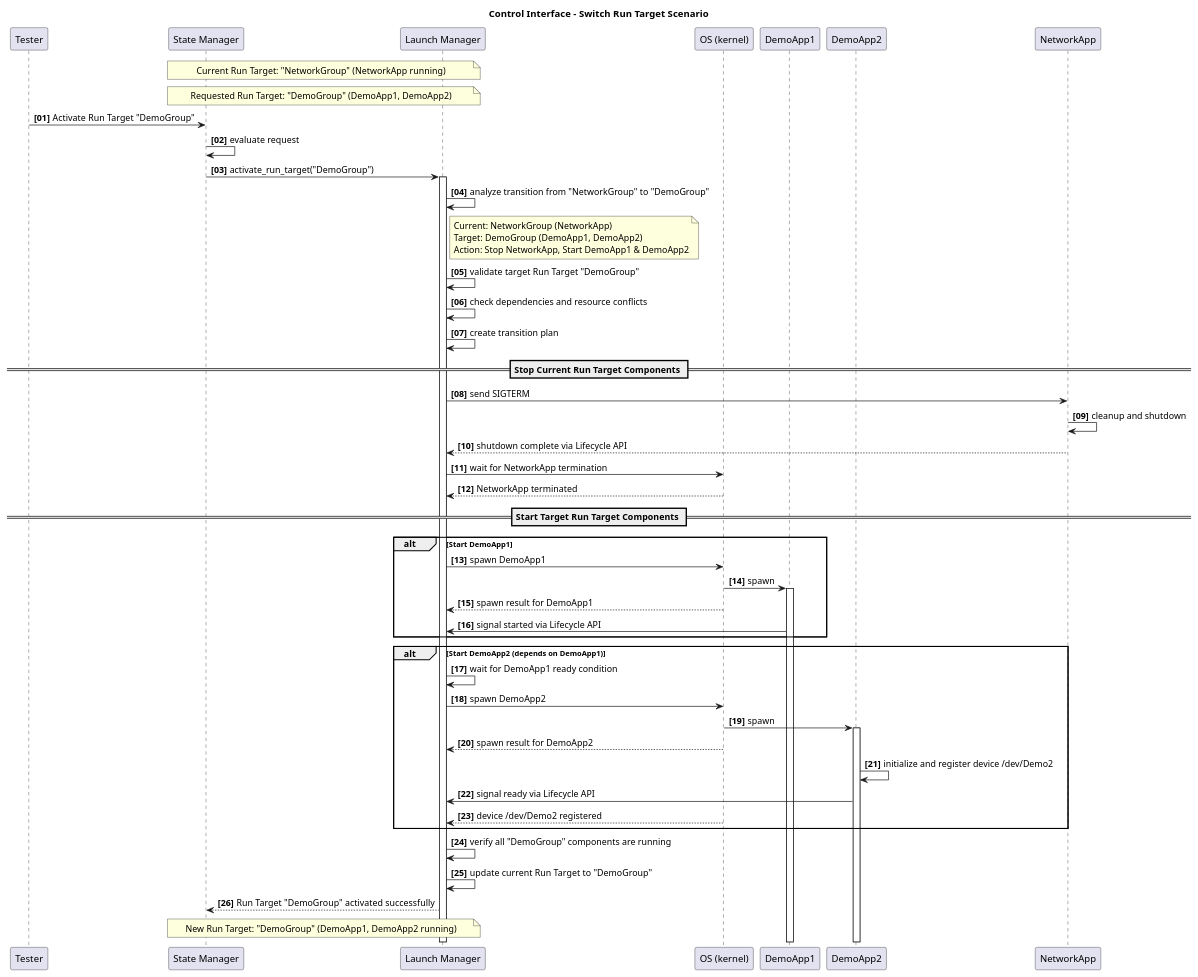
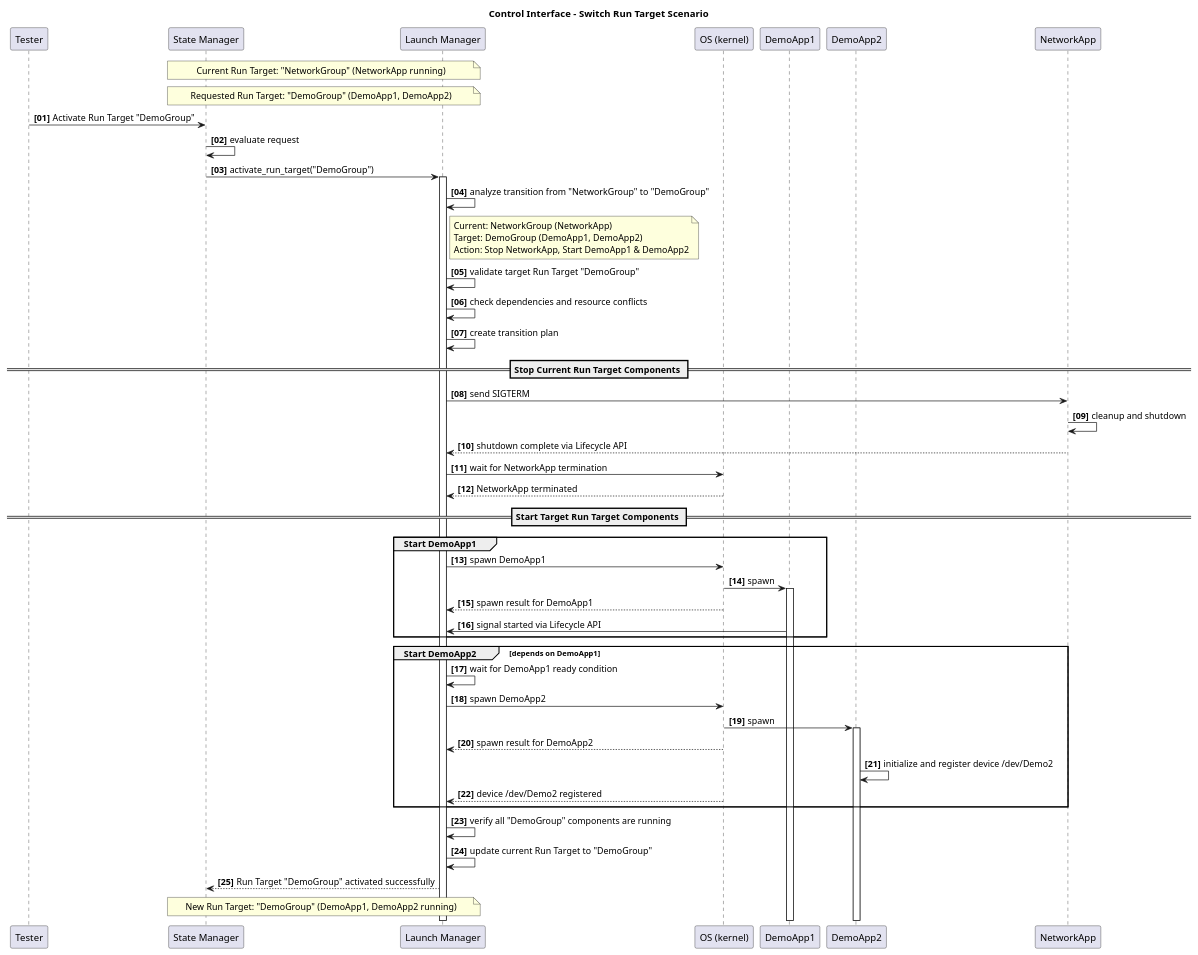
Before and after one commit to bgsw-contrib/score_lifecycle: the diagram in docs/features/lifecycle/architecture/_assets/control_interface_switch_sequence.puml, drawn with PlantUML. The commit also changed 16 other files, not shown here.

First line of the commit message:
Extending the Launch Manager sequence diagrams (#741)

```diff
--- a/docs/features/lifecycle/architecture/_assets/control_interface_switch_sequence.puml
+++ b/docs/features/lifecycle/architecture/_assets/control_interface_switch_sequence.puml
@@ -14,63 +14,62 @@
 @startuml
 title Control Interface - Switch Run Target Scenario
 
 autonumber "<b>[00]"
 
 participant "Tester" as Tester
 participant "State Manager" as SM
 participant "Launch Manager" as LM
 participant "OS (kernel)" as kernel
 participant "DemoApp1" as DemoApp1
 participant "DemoApp2" as DemoApp2
 participant "NetworkApp" as NetworkApp
 
 note over SM, LM: Current Run Target: "NetworkGroup" (NetworkApp running)
 note over SM, LM: Requested Run Target: "DemoGroup" (DemoApp1, DemoApp2)
 
 Tester -> SM: Activate Run Target "DemoGroup"
 SM -> SM: evaluate request
 SM -> LM: activate_run_target("DemoGroup")
 activate LM
 
 LM -> LM: analyze transition from "NetworkGroup" to "DemoGroup"
 note right of LM: Current: NetworkGroup (NetworkApp)\nTarget: DemoGroup (DemoApp1, DemoApp2)\nAction: Stop NetworkApp, Start DemoApp1 & DemoApp2
 
 LM -> LM: validate target Run Target "DemoGroup"
 LM -> LM: check dependencies and resource conflicts
 LM -> LM: create transition plan
 
 == Stop Current Run Target Components ==
 LM -> NetworkApp: send SIGTERM
 NetworkApp -> NetworkApp: cleanup and shutdown
 NetworkApp --> LM: shutdown complete via Lifecycle API
 LM -> kernel: wait for NetworkApp termination
 kernel --> LM: NetworkApp terminated
 
 == Start Target Run Target Components ==
-alt Start DemoApp1
+group Start DemoApp1
     LM -> kernel: spawn DemoApp1
     kernel -> DemoApp1: spawn
     activate DemoApp1
     kernel --> LM: spawn result for DemoApp1
     DemoApp1 -> LM: signal started via Lifecycle API
 end
 
-alt Start DemoApp2 (depends on DemoApp1)
+group Start DemoApp2 [depends on DemoApp1]
     LM -> LM: wait for DemoApp1 ready condition
     LM -> kernel: spawn DemoApp2
     kernel -> DemoApp2: spawn
     activate DemoApp2
     kernel --> LM: spawn result for DemoApp2
     
     DemoApp2 -> DemoApp2: initialize and register device /dev/Demo2
-    DemoApp2 -> LM: signal ready via Lifecycle API
     kernel --> LM: device /dev/Demo2 registered
 end
 
 LM -> LM: verify all "DemoGroup" components are running
 LM -> LM: update current Run Target to "DemoGroup"
 LM --> SM: Run Target "DemoGroup" activated successfully
 
 note over SM, LM: New Run Target: "DemoGroup" (DemoApp1, DemoApp2 running)
 
 @enduml
```
